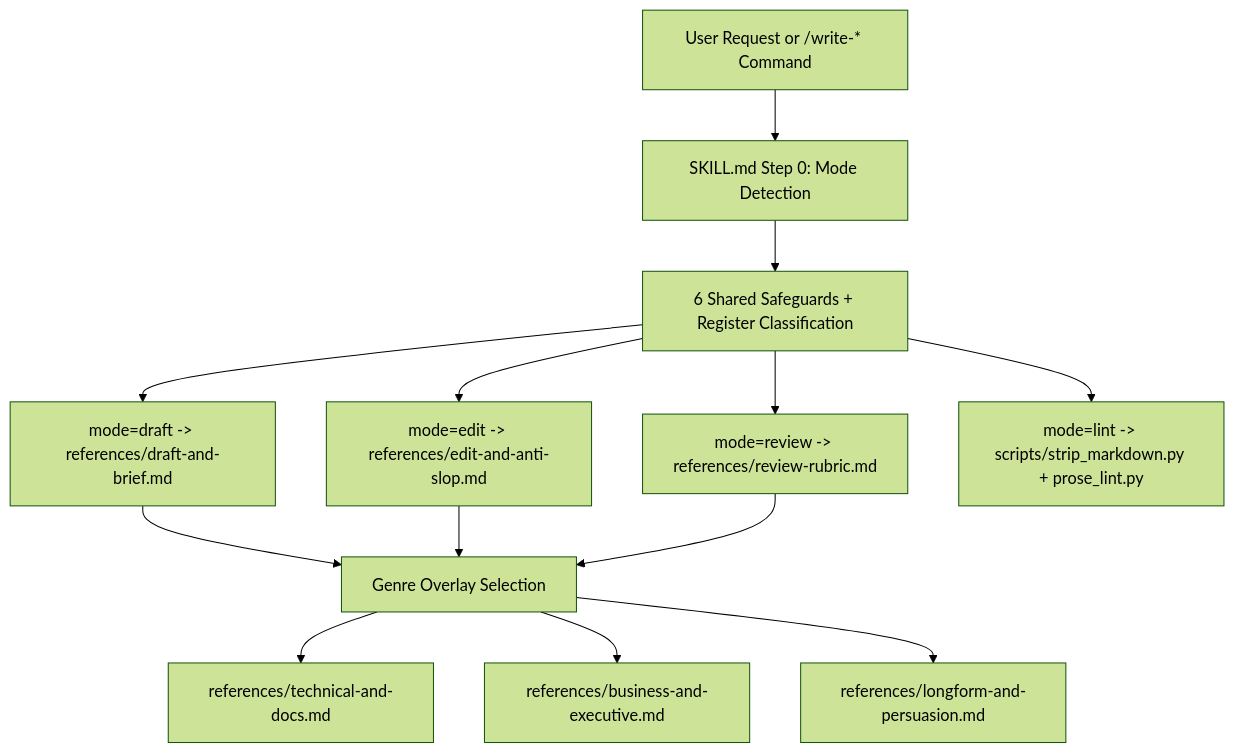
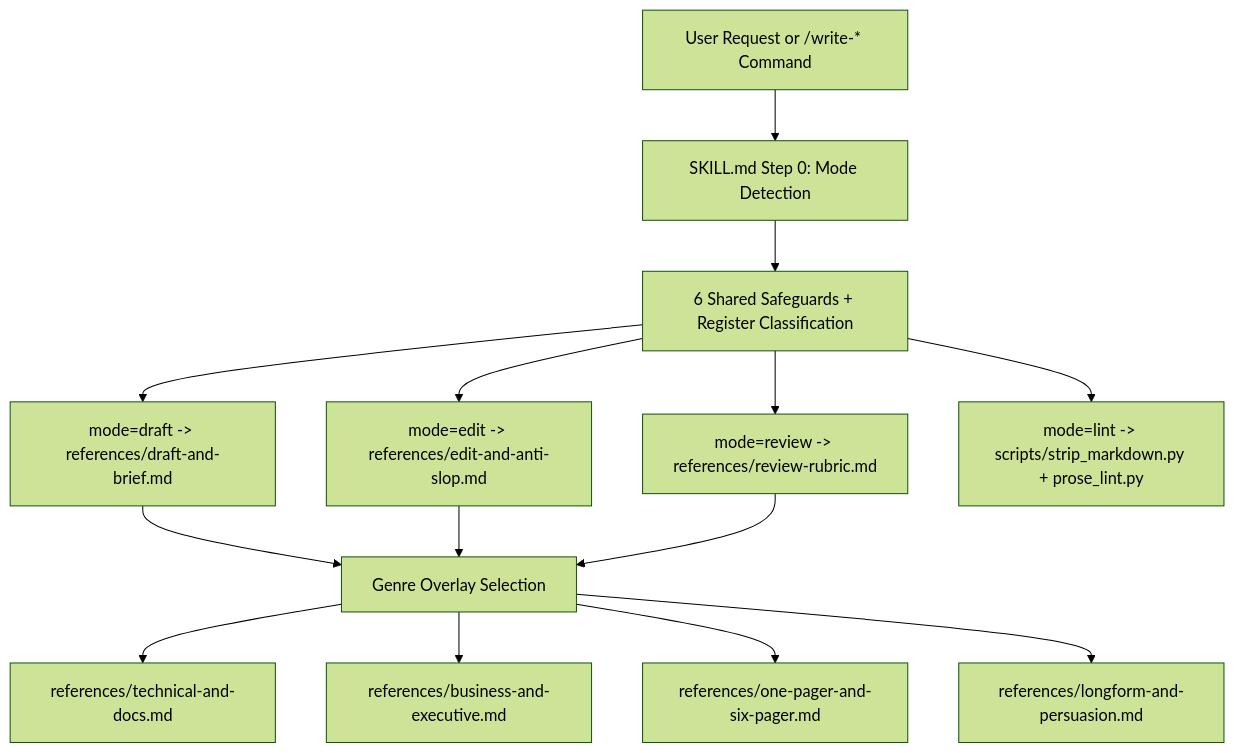
The second of 3 diagrams in docs/architecture/diagrams.md (tkdtaylor/writing), drawn with Mermaid (forest theme) before and after one commit. The commit also changed other lines of this file and 9 other files, not shown here.

Commit message:
docs: complete task 016 - architecture, spec, and doc drift closure

````diff
--- a/docs/architecture/diagrams.md
+++ b/docs/architecture/diagrams.md
@@ -18,15 +18,16 @@
 ```mermaid
 flowchart TD
     Input["User Request or /write-* Command"] --> Step0["SKILL.md Step 0: Mode Detection"]
     Step0 --> Guard["6 Shared Safeguards + Register Classification"]
     Guard --> ModeDraft["mode=draft -> references/draft-and-brief.md"]
     Guard --> ModeEdit["mode=edit -> references/edit-and-anti-slop.md"]
     Guard --> ModeReview["mode=review -> references/review-rubric.md"]
     Guard --> ModeLint["mode=lint -> scripts/strip_markdown.py + prose_lint.py"]
     ModeDraft --> GenreRouter["Genre Overlay Selection"]
     ModeEdit --> GenreRouter
     ModeReview --> GenreRouter
     GenreRouter --> Tech["references/technical-and-docs.md"]
     GenreRouter --> Biz["references/business-and-executive.md"]
+    GenreRouter --> Memo["references/one-pager-and-six-pager.md"]
     GenreRouter --> Long["references/longform-and-persuasion.md"]
 ```
````
